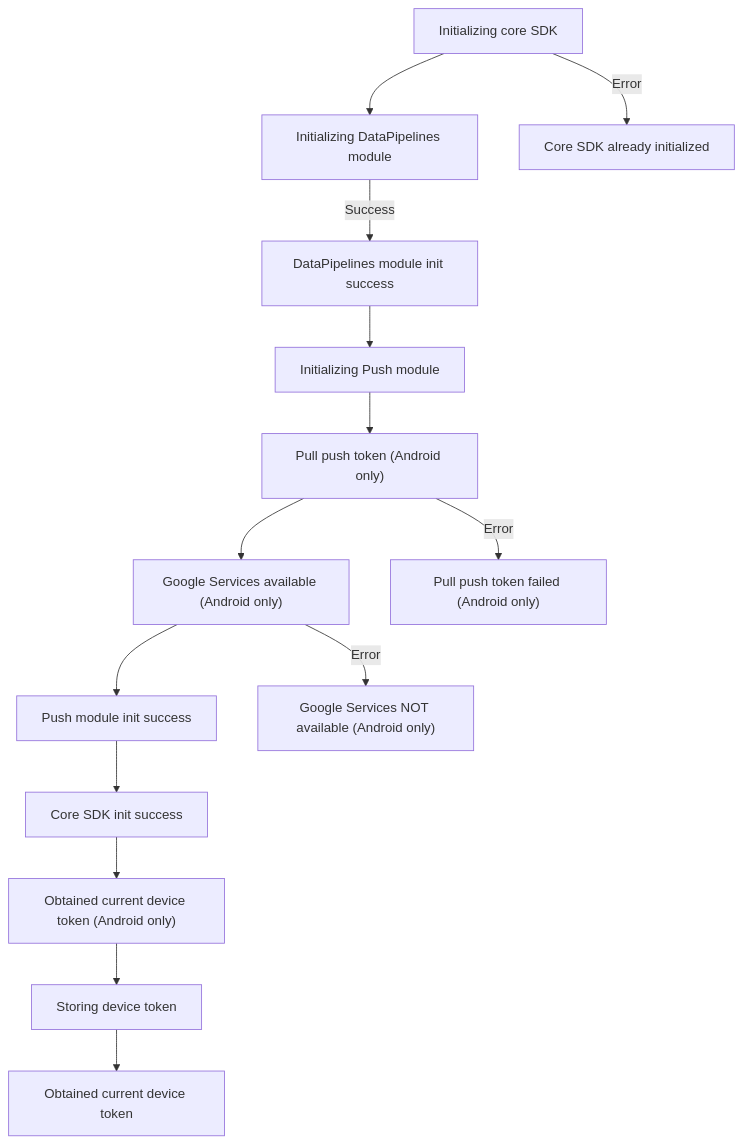
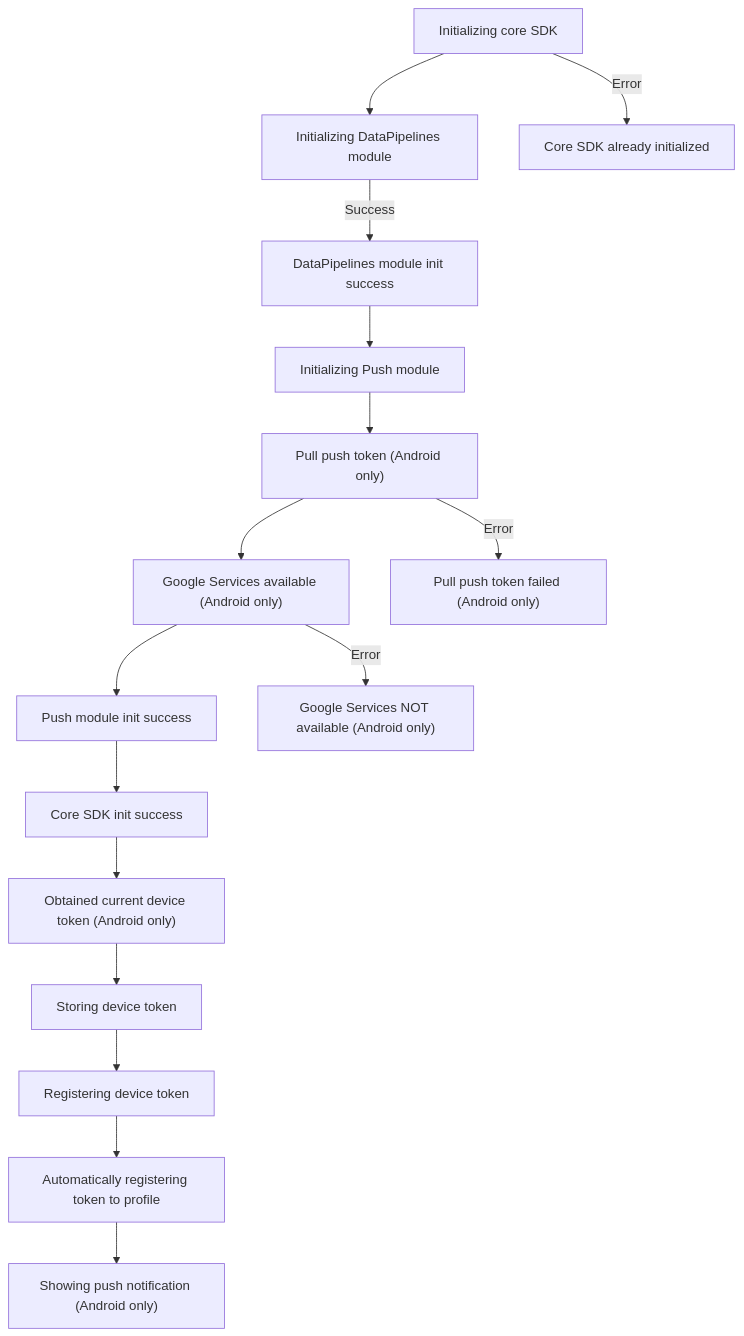
Before and after one commit to customerio/mobile-log-definitions: the diagram in generated/mermaid/push/push-init.mmd, drawn with Mermaid. The commit also changed 3 other files, not shown here.

```diff
--- a/generated/mermaid/push/push-init.mmd
+++ b/generated/mermaid/push/push-init.mmd
@@ -1,28 +1,32 @@
 graph TD
 core-sdk-init["Initializing core SDK"]
 core-sdk-init --> data-pipelines-module-init
 core-sdk-init -->|Error| core-sdk-init-already-initialized
 core-sdk-init-already-initialized["Core SDK already initialized"]
 data-pipelines-module-init["Initializing DataPipelines module"]
 data-pipelines-module-init -->|Success| data-pipelines-module-success
 data-pipelines-module-success["DataPipelines module init success"]
 data-pipelines-module-success --> push-module-init
 push-module-init["Initializing Push module"]
 push-module-init --> pulling-current-push-token
 pulling-current-push-token["Pull push token (Android only)"]
 pulling-current-push-token --> push-google-services-available
 pulling-current-push-token -->|Error| pulling-current-push-token-failed
 pulling-current-push-token-failed["Pull push token failed (Android only)"]
 push-google-services-available["Google Services available (Android only)"]
 push-google-services-available --> push-module-success
 push-google-services-available -->|Error| push-google-services-error
 push-google-services-error["Google Services NOT available (Android only)"]
 push-module-success["Push module init success"]
 push-module-success --> core-sdk-init-success
 core-sdk-init-success["Core SDK init success"]
 core-sdk-init-success --> pulled-current-push-token
 pulled-current-push-token["Obtained current device token (Android only)"]
 pulled-current-push-token --> storing-push-token
 storing-push-token["Storing device token"]
 storing-push-token --> registering-push-token
-registering-push-token["Obtained current device token"]
+registering-push-token["Registering device token"]
+registering-push-token --> automatic-profile-push-token-registration
+automatic-profile-push-token-registration["Automatically registering token to profile"]
+automatic-profile-push-token-registration --> show-push-notification
+show-push-notification["Showing push notification (Android only)"]
```
